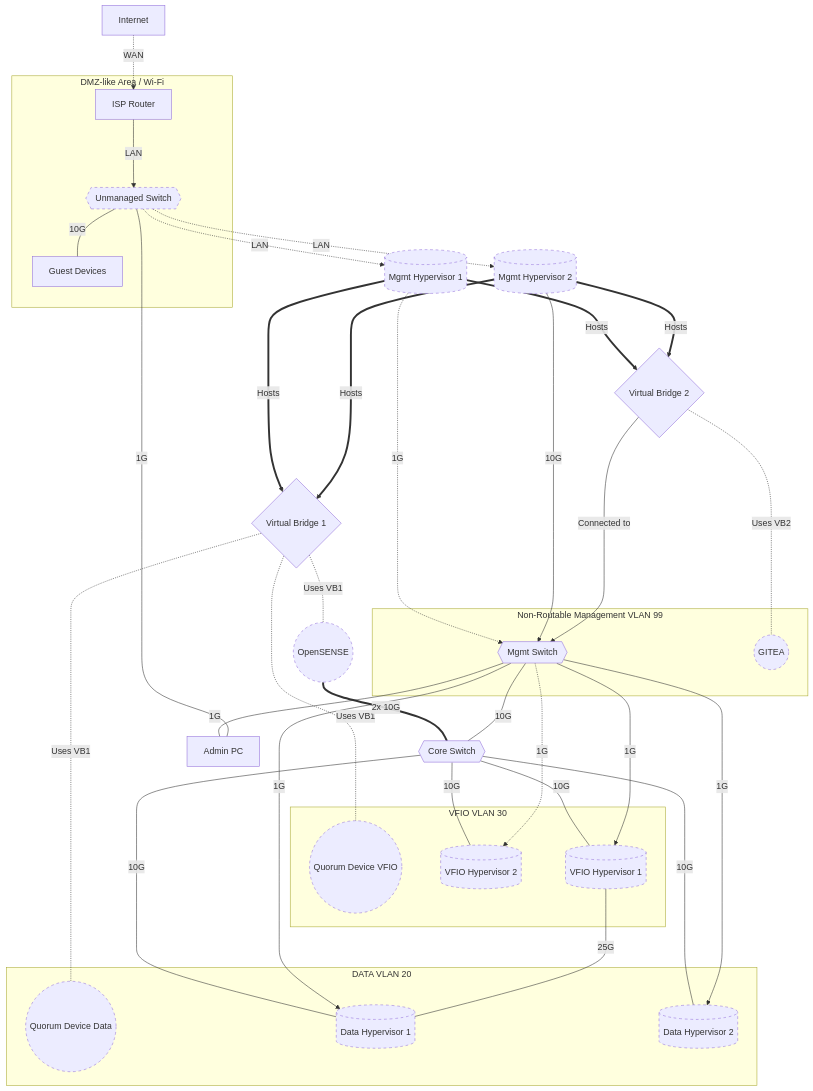
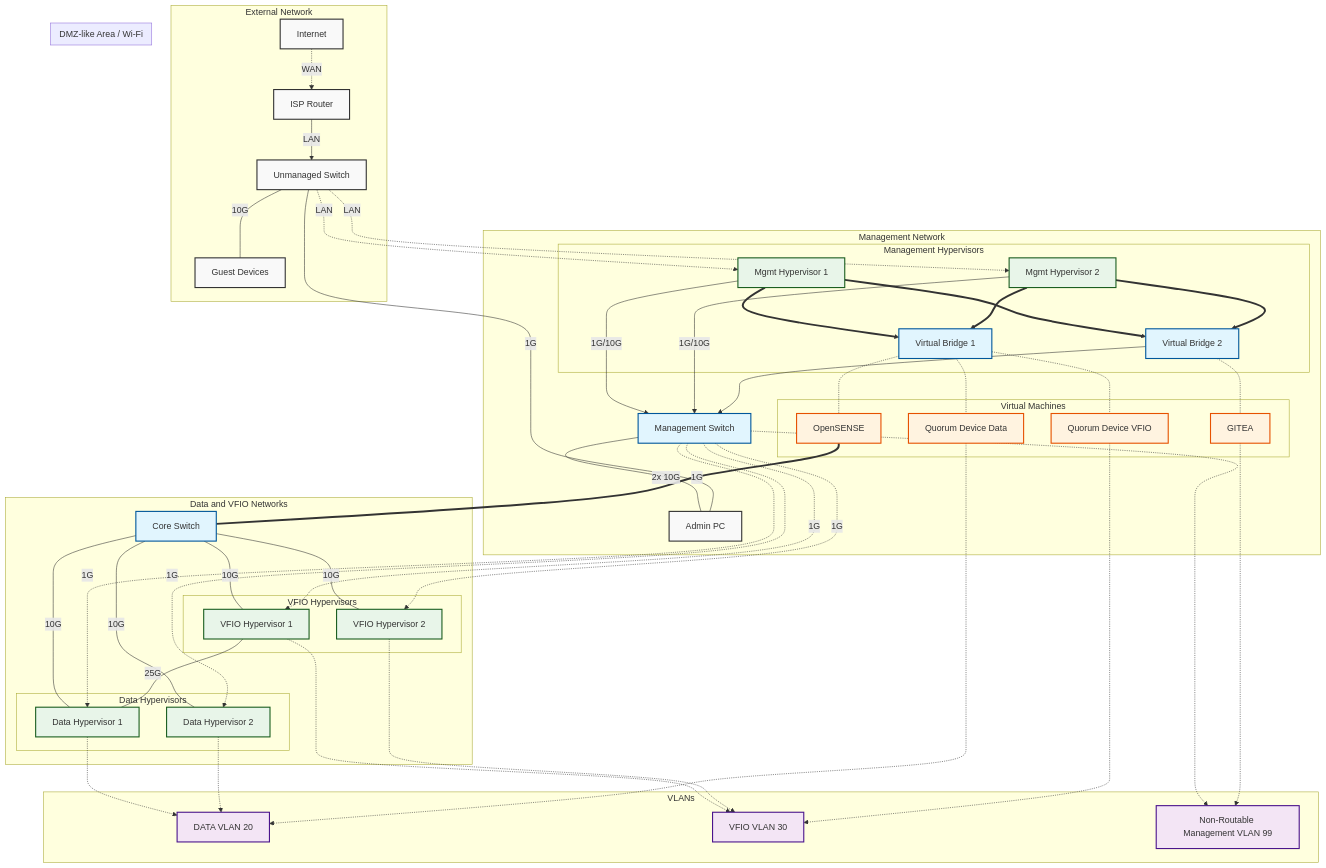
The diagram in alp/netop.md (woeiru/lab), drawn with Mermaid before and after one commit.

Commit message:
alp/netop.md: extensive update with subgraphs for VLANs

````diff
--- a/alp/netop.md
+++ b/alp/netop.md
@@ -3,53 +3,84 @@
 ```mermaid
 graph TD
-    INT[Internet] -.-> |WAN| ISPR[ISP Router]
-    ISPR ---> |LAN| US
-    US{{Unmanaged Switch}} -.-> |LAN| MH1
-    US -.-> |LAN| MH2
-    VB1{Virtual Bridge 1} -.- |"Uses VB1"| QDV((Quorum Device VFIO))
-    VB1 -.- |"Uses VB1"| QDD((Quorum Device Data))
-    VB1 -.- |"Uses VB1"| OPN((OpenSENSE))
-    OPN ===|"2x 10G"| CS{{Core Switch}}
-    MH1[(Mgmt Hypervisor 1)] -.-> |"1G"| MS{{Mgmt Switch}}
-    MH2[(Mgmt Hypervisor 2)] ---> |"10G"| MS
-    MS --- |"10G"| CS
-    MS ---|"1G"| APC[Admin PC]
-    APC ---|"1G"| US
-    MH1 ==>|"Hosts"| VB1
-    MH2 ==>|"Hosts"| VB1
-    MH1 ==>|"Hosts"| VB2{Virtual Bridge 2}
-    MH2 ==>|"Hosts"| VB2
-    VB2 -.- |"Uses VB2"| GIT((GITEA))
-    VB2 ---> |"Connected to"| MS
-    CS ---|"10G"| VH2[(VFIO Hypervisor 2)]
-    MS -.->|"1G"| VH2
-    US ---|"10G"| GD[Guest Devices]
-    CS ---|"10G"| VH1[(VFIO Hypervisor 1)]
-    MS --->|"1G"| VH1
-    CS ---|"10G"| DH1[(Data Hypervisor 1)]
-    MS --->|"1G"| DH1
-    CS ---|"10G"| DH2[(Data Hypervisor 2)]
-    MS --->|"1G"| DH2
-    VH1 ---|"25G"| DH1
-    subgraph VLAN20 [DATA VLAN 20]
-        DH1
-        DH2
-        QDD
+    %% Define styles
+    classDef default fill:#f9f9f9,stroke:#333,stroke-width:2px;
+    classDef network fill:#e1f5fe,stroke:#01579b,stroke-width:2px;
+    classDef hypervisor fill:#e8f5e9,stroke:#1b5e20,stroke-width:2px;
+    classDef vm fill:#fff3e0,stroke:#e65100,stroke-width:2px;
+    classDef vlan fill:#f3e5f5,stroke:#4a148c,stroke-width:2px;
+
+    %% External Network
+    subgraph EXT [External Network]
+        INT[Internet]
+        ISPR[ISP Router]
+        US[Unmanaged Switch]
+        GD[Guest Devices]
     end
-    subgraph VLAN30 [VFIO VLAN 30]
-        VH1
-        VH2
-        QDV
+    INT -.-> |WAN| ISPR
+    ISPR --> |LAN| US
+    US ---|10G| GD
+
+    %% Management Network
+    subgraph MGT [Management Network]
+        MS[Management Switch]:::network
+        APC[Admin PC]
+        
+        subgraph MH [Management Hypervisors]
+            MH1[Mgmt Hypervisor 1]:::hypervisor
+            MH2[Mgmt Hypervisor 2]:::hypervisor
+            VB1[Virtual Bridge 1]:::network
+            VB2[Virtual Bridge 2]:::network
+        end
+
+        subgraph VMS [Virtual Machines]
+            QDV[Quorum Device VFIO]:::vm
+            QDD[Quorum Device Data]:::vm
+            OPN[OpenSENSE]:::vm
+            GIT[GITEA]:::vm
+        end
     end
-    subgraph VLAN99 [Non-Routable Management VLAN 99]
-        MS
-        GIT
+    US -.-> |LAN| MH1 & MH2
+    MH1 & MH2 --> |1G/10G| MS
+    MS ---|1G| APC
+    APC ---|1G| US
+    MH1 & MH2 ==> VB1 & VB2
+    VB1 -.- QDV & QDD & OPN
+    VB2 -.- GIT
+    VB2 --> MS
+    OPN ===|2x 10G| CS[Core Switch]:::network
+
+    %% Data and VFIO Networks
+    subgraph DN [Data and VFIO Networks]
+        CS
+
+        subgraph DH [Data Hypervisors]
+            DH1[Data Hypervisor 1]:::hypervisor
+            DH2[Data Hypervisor 2]:::hypervisor
+        end
+
+        subgraph VH [VFIO Hypervisors]
+            VH1[VFIO Hypervisor 1]:::hypervisor
+            VH2[VFIO Hypervisor 2]:::hypervisor
+        end
     end
+    CS ---|10G| DH1 & DH2 & VH1 & VH2
+    MS -.->|1G| DH1 & DH2 & VH1 & VH2
+    VH1 ---|25G| DH1
+
+    %% VLANs
+    subgraph VL [VLANs]
+        VLAN20[DATA VLAN 20]:::vlan
+        VLAN30[VFIO VLAN 30]:::vlan
+        VLAN99[Non-Routable Management VLAN 99]:::vlan
+    end
+    DH1 & DH2 & QDD -.-> VLAN20
+    VH1 & VH2 & QDV -.-> VLAN30
+    MS & GIT -.-> VLAN99
+
+    %% DMZ
     subgraph DMZ [DMZ-like Area / Wi-Fi]
         ISPR
         GD
         US
     end
-    classDef punctuated stroke-dasharray: 5 5;
-    class US,MH1,MH2,VH1,VH2,DH1,DH2,GIT,QDV,QDD,OPN punctuated;
 ```
````
